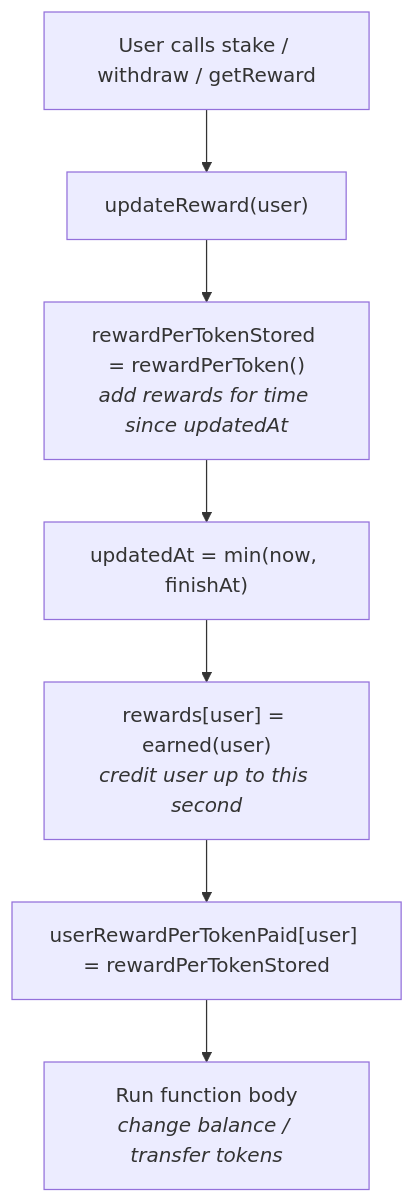
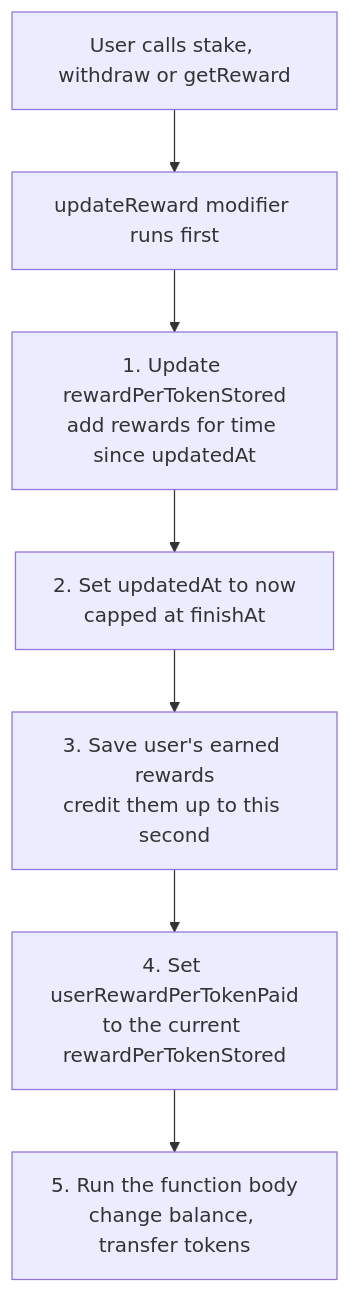
The second of 3 diagrams in README.md (rajdama/staking-rewards), drawn with Mermaid before and after one commit. The commit also changed other lines of this file and 1 other file, not shown here.

First line of the commit message:
Fix README diagrams that failed to render on GitHub

````diff
--- a/README.md
+++ b/README.md
@@ -85,9 +85,9 @@
 ```mermaid
 flowchart TD
-    A["User calls stake / withdraw / getReward"] --> B["updateReward(user)"]
-    B --> C["rewardPerTokenStored = rewardPerToken()<br/><i>add rewards for time since updatedAt</i>"]
-    C --> D["updatedAt = min(now, finishAt)"]
-    D --> E["rewards[user] = earned(user)<br/><i>credit user up to this second</i>"]
-    E --> F["userRewardPerTokenPaid[user] = rewardPerTokenStored"]
-    F --> G["Run function body<br/><i>change balance / transfer tokens</i>"]
+    A["User calls stake, withdraw or getReward"] --> B["updateReward modifier runs first"]
+    B --> C["1. Update rewardPerTokenStored<br/>add rewards for time since updatedAt"]
+    C --> D["2. Set updatedAt to now<br/>capped at finishAt"]
+    D --> E["3. Save user's earned rewards<br/>credit them up to this second"]
+    E --> F["4. Set userRewardPerTokenPaid<br/>to the current rewardPerTokenStored"]
+    F --> G["5. Run the function body<br/>change balance, transfer tokens"]
 ```
````
